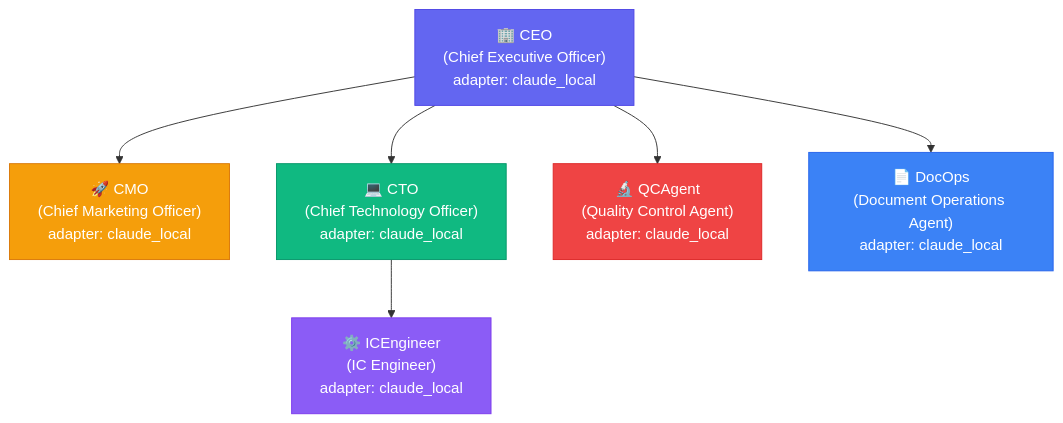
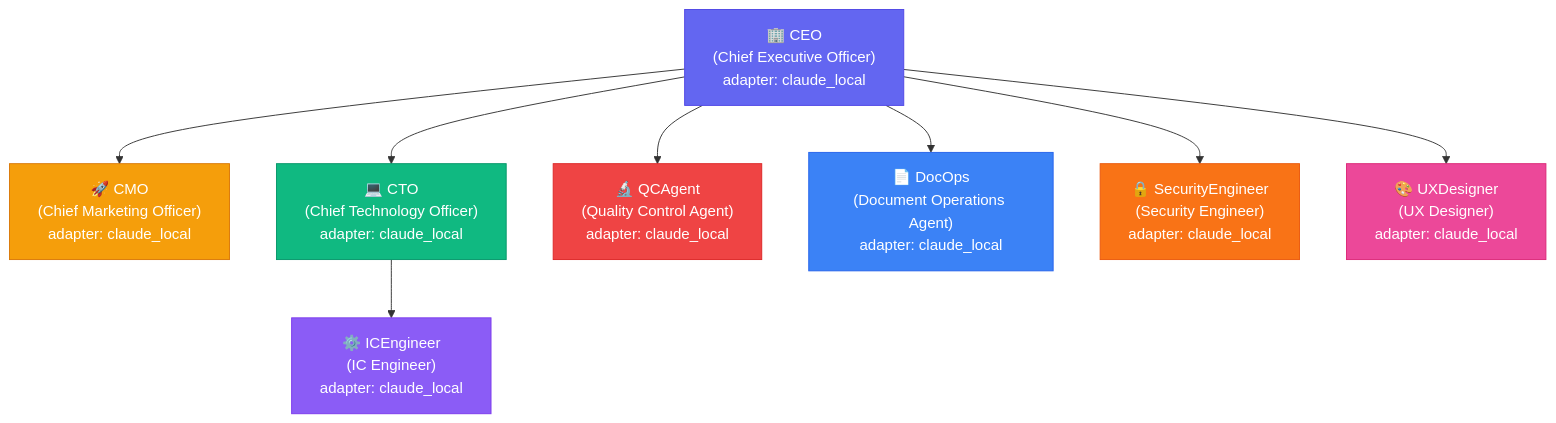
One commit to Juarez-labs/board-of-directors-company changed the first of 2 diagrams in docs/architecture/system-architecture.md. Above: the diagram before and after it, drawn with Mermaid. The commit also changed other lines of this file and 1 other file, not shown here.

First line of the commit message:
docs(architecture): add SecurityEngineer and UXDesigner to agent roster and diagrams [BOAA-166]

````diff
--- a/docs/architecture/system-architecture.md
+++ b/docs/architecture/system-architecture.md
@@ -32,23 +34,29 @@
 ```mermaid
 graph TD
     CEO["🏢 CEO\n(Chief Executive Officer)\nadapter: claude_local"]
 
     CMO["🚀 CMO\n(Chief Marketing Officer)\nadapter: claude_local"]
     CTO["💻 CTO\n(Chief Technology Officer)\nadapter: claude_local"]
     QCA["🔬 QCAgent\n(Quality Control Agent)\nadapter: claude_local"]
     DOC["📄 DocOps\n(Document Operations Agent)\nadapter: claude_local"]
     ICE["⚙️ ICEngineer\n(IC Engineer)\nadapter: claude_local"]
+    SEC["🔒 SecurityEngineer\n(Security Engineer)\nadapter: claude_local"]
+    UXD["🎨 UXDesigner\n(UX Designer)\nadapter: claude_local"]
 
     CEO --> CMO
     CEO --> CTO
     CEO --> QCA
     CEO --> DOC
+    CEO --> SEC
+    CEO --> UXD
     CTO --> ICE
 
     style CEO fill:#6366f1,color:#fff,stroke:#4f46e5
     style CMO fill:#f59e0b,color:#fff,stroke:#d97706
     style CTO fill:#10b981,color:#fff,stroke:#059669
     style QCA fill:#ef4444,color:#fff,stroke:#dc2626
     style DOC fill:#3b82f6,color:#fff,stroke:#2563eb
     style ICE fill:#8b5cf6,color:#fff,stroke:#7c3aed
+    style SEC fill:#f97316,color:#fff,stroke:#ea580c
+    style UXD fill:#ec4899,color:#fff,stroke:#db2777
 ```
````
